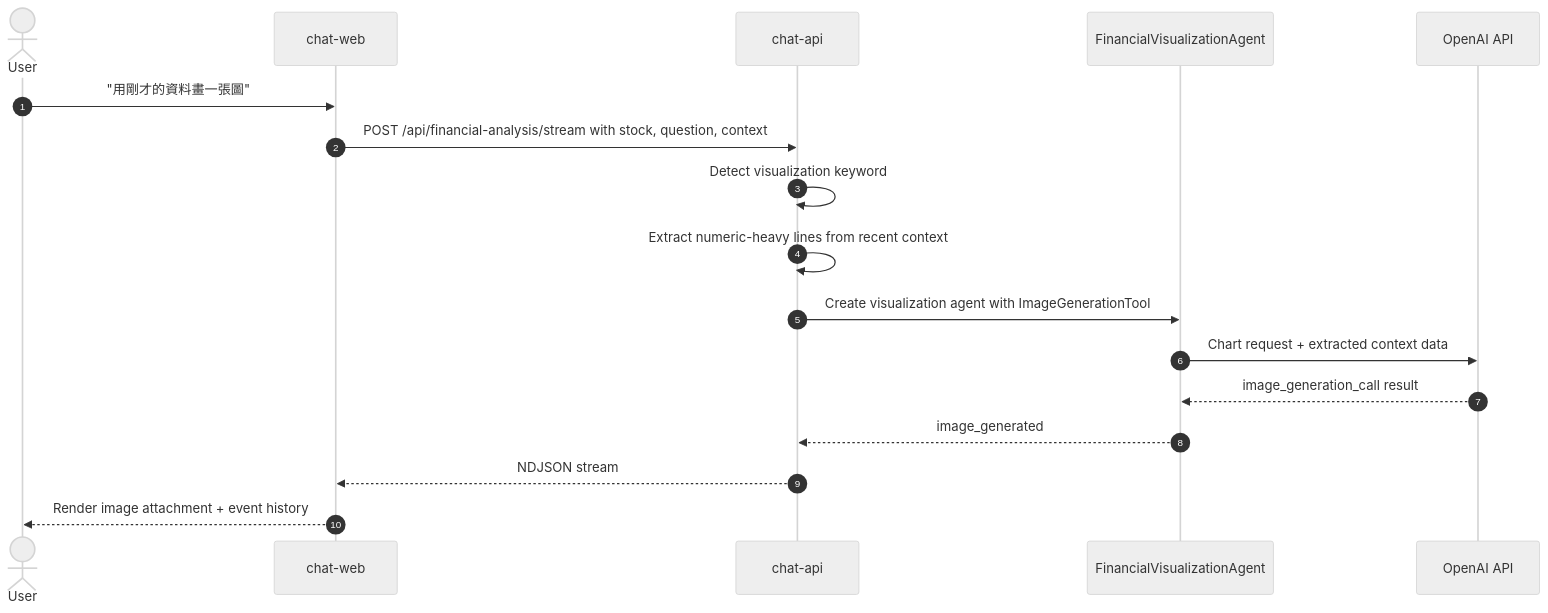
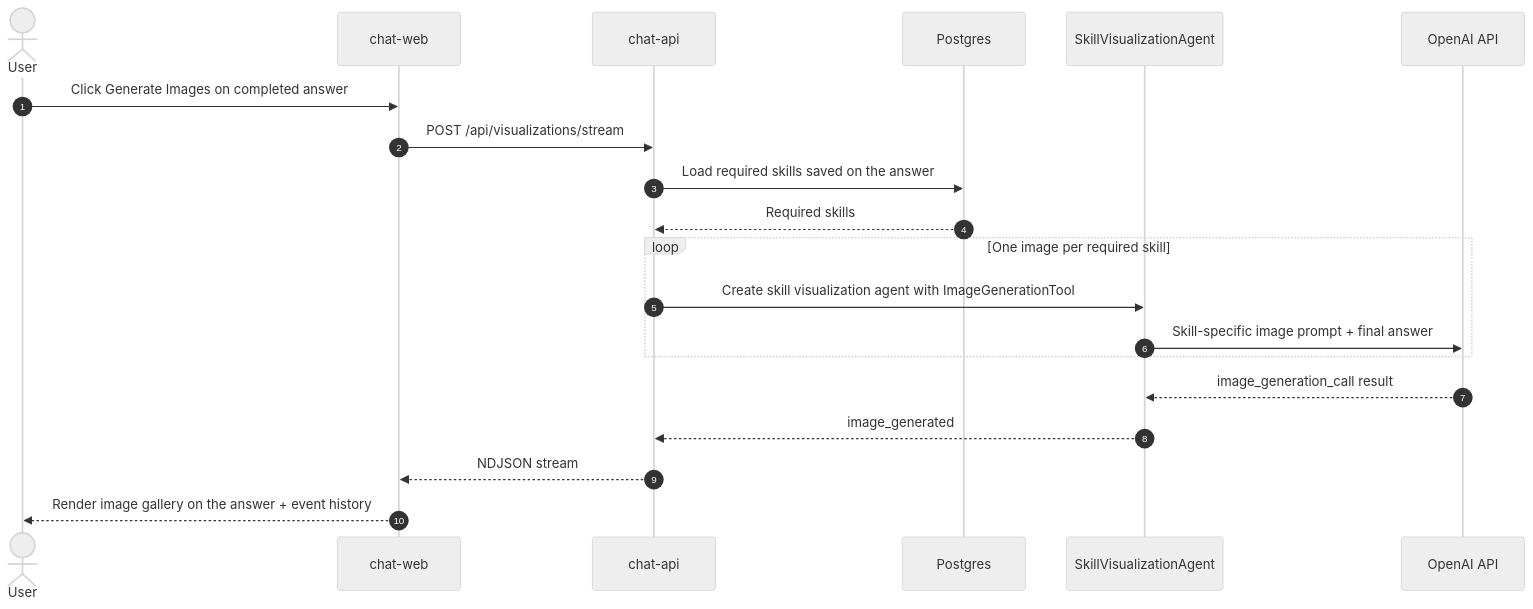
One commit to CJsGit-tech/TWStock-Agents changed the fifth of 6 diagrams in docs/CURRENT_ARCHITECTURE.md. Above: the diagram before and after it, drawn with Mermaid (neutral theme). The commit also changed other lines of this file and 16 other files, not shown here.

````diff
--- a/docs/CURRENT_ARCHITECTURE.md
+++ b/docs/CURRENT_ARCHITECTURE.md
@@ -155,20 +235,23 @@
 ```mermaid
 sequenceDiagram
     autonumber
     actor U as User
     participant W as chat-web
     participant A as chat-api
-    participant V as FinancialVisualizationAgent
+    participant DB as Postgres
+    participant V as SkillVisualizationAgent
     participant O as OpenAI API
 
-    U->>W: "用剛才的資料畫一張圖"
-    W->>A: POST /api/financial-analysis/stream with stock, question, context
-    A->>A: Detect visualization keyword
-    A->>A: Extract numeric-heavy lines from recent context
-    A->>V: Create visualization agent with ImageGenerationTool
-    V->>O: Chart request + extracted context data
+    U->>W: Click Generate Images on completed answer
+    W->>A: POST /api/visualizations/stream
+    A->>DB: Load required skills saved on the answer
+    DB-->>A: Required skills
+    loop One image per required skill
+        A->>V: Create skill visualization agent with ImageGenerationTool
+        V->>O: Skill-specific image prompt + final answer
+    end
     O-->>V: image_generation_call result
     V-->>A: image_generated
     A-->>W: NDJSON stream
-    W-->>U: Render image attachment + event history
+    W-->>U: Render image gallery on the answer + event history
 ```
````
